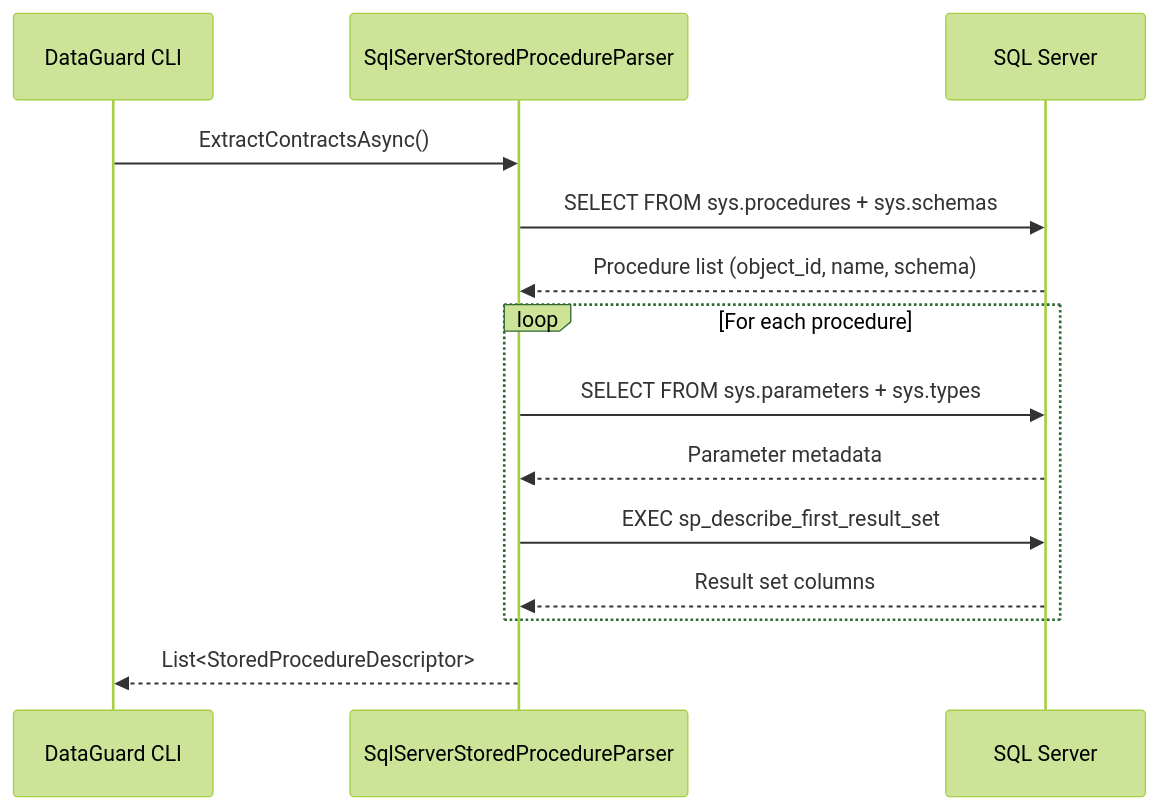
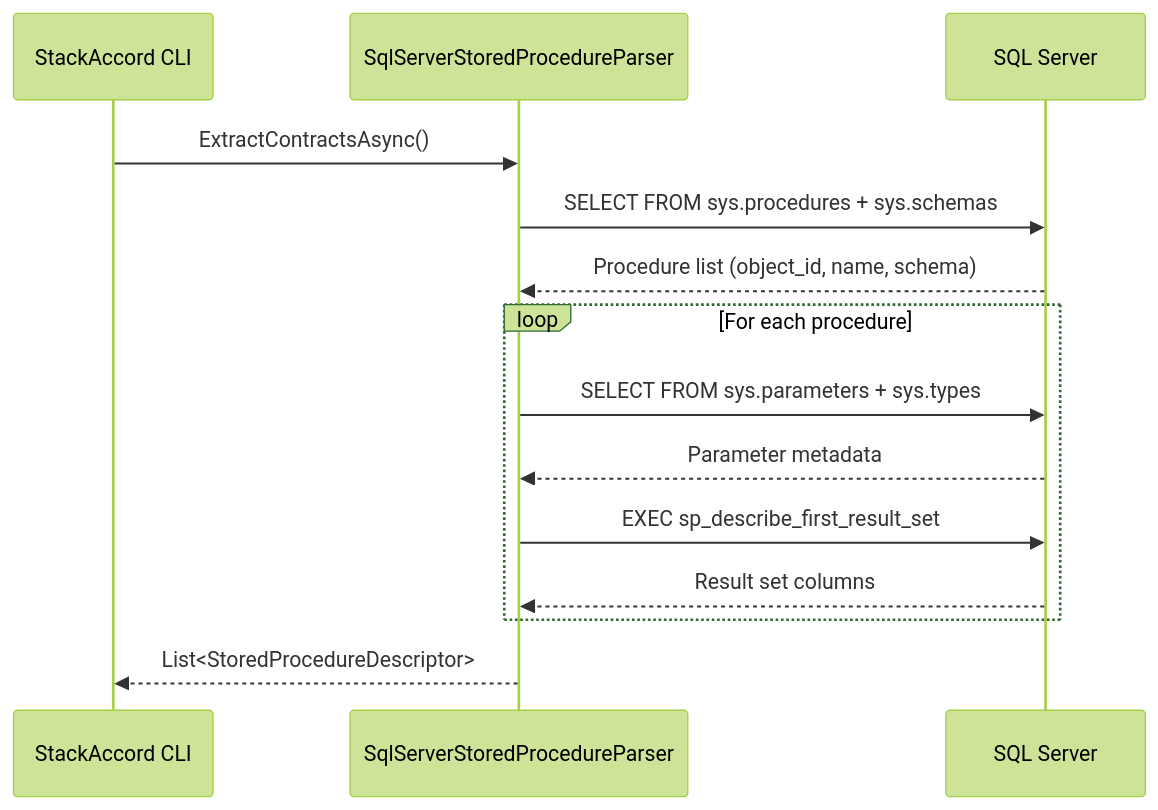
The second of 3 diagrams in docs/03-components/adapters/sqlserver-adapter.md (thanhnt-sm/eco_support_net_oracle), drawn with Mermaid (forest theme) before and after one commit. The commit also changed other lines of this file and 115 other files, not shown here.

Commit message:
fix(branding): align StackAccord docs and release copy

````diff
--- a/docs/03-components/adapters/sqlserver-adapter.md
+++ b/docs/03-components/adapters/sqlserver-adapter.md
@@ -81,17 +81,17 @@
 ```mermaid
 sequenceDiagram
-    participant CLI as DataGuard CLI
+    participant CLI as StackAccord CLI
     participant Parser as SqlServerStoredProcedureParser
     participant DB as SQL Server
 
     CLI->>Parser: ExtractContractsAsync()
     Parser->>DB: SELECT FROM sys.procedures + sys.schemas
     DB-->>Parser: Procedure list (object_id, name, schema)
     loop For each procedure
         Parser->>DB: SELECT FROM sys.parameters + sys.types
         DB-->>Parser: Parameter metadata
         Parser->>DB: EXEC sp_describe_first_result_set
         DB-->>Parser: Result set columns
     end
     Parser-->>CLI: List<StoredProcedureDescriptor>
 ```
````
